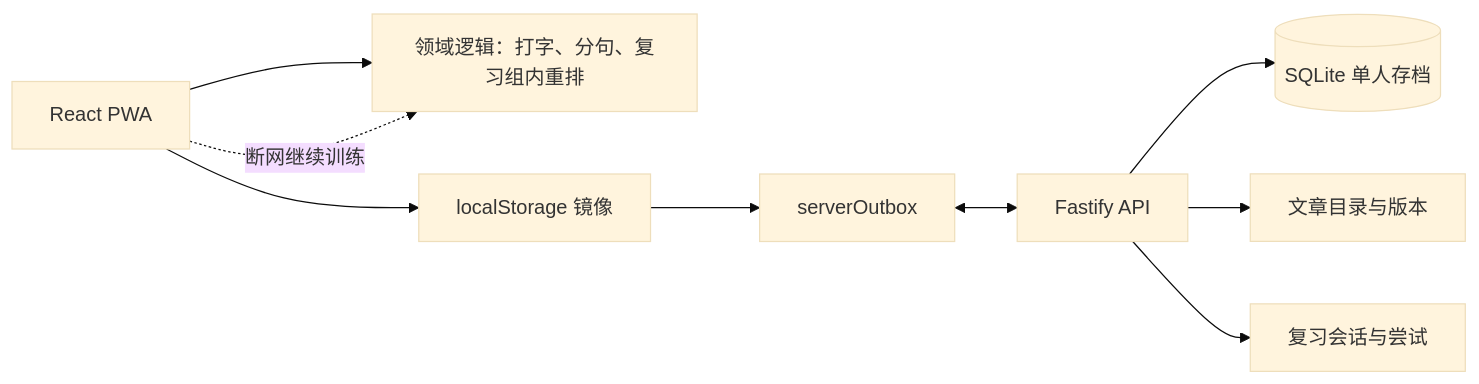
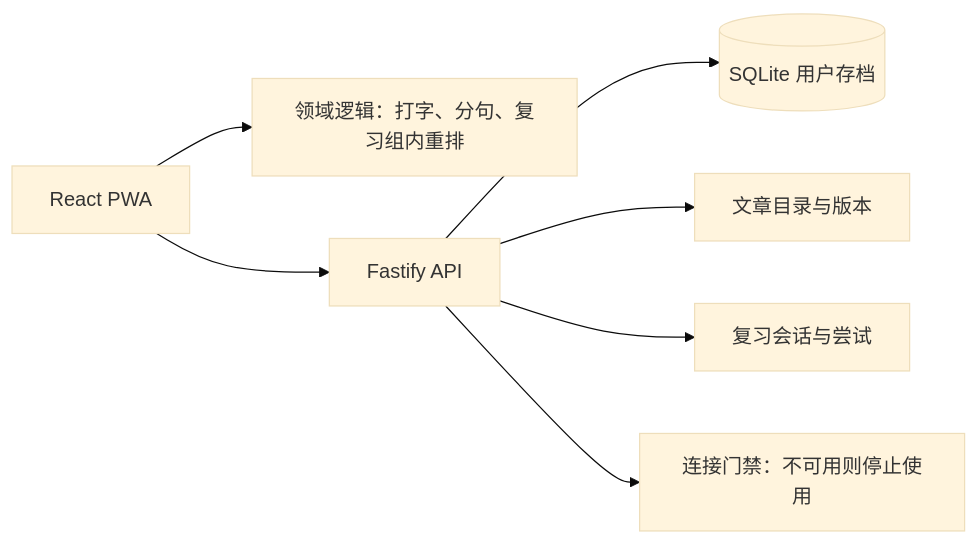
The first of 2 diagrams in docs/ARCHITECTURE.md (lcx2011/wyan), drawn with Mermaid (base theme) before and after one commit. The commit also changed other lines of this file and 49 other files, not shown here.

````diff
--- a/docs/ARCHITECTURE.md
+++ b/docs/ARCHITECTURE.md
@@ -37,11 +37,9 @@
 ```mermaid
 flowchart LR
   UI["React PWA"] --> Domain["领域逻辑：打字、分句、复习组内重排"]
-  UI --> Local["localStorage 镜像"]
-  Local --> Outbox["serverOutbox"]
-  Outbox <--> API["Fastify API"]
-  API --> SQLite[("SQLite 单人存档")]
+  UI --> API["Fastify API"]
+  API --> SQLite[("SQLite 用户存档")]
   API --> Content["文章目录与版本"]
   API --> Review["复习会话与尝试"]
-  UI -. "断网继续训练" .-> Domain
+  API --> Gate["连接门禁：不可用则停止使用"]
 ```
````
